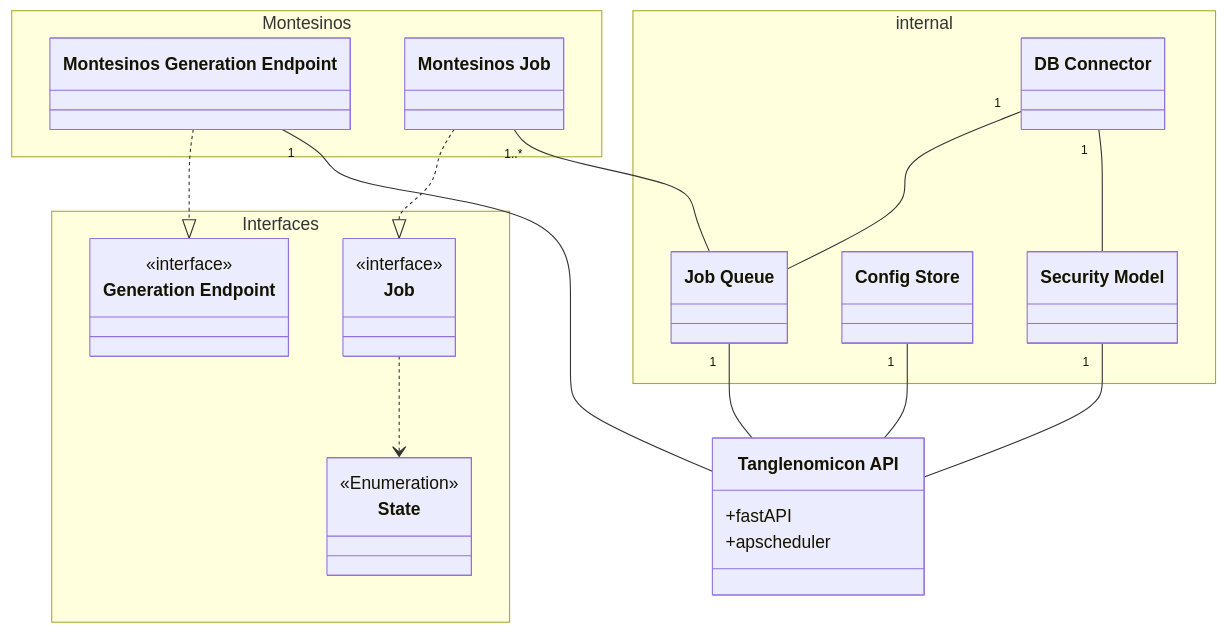
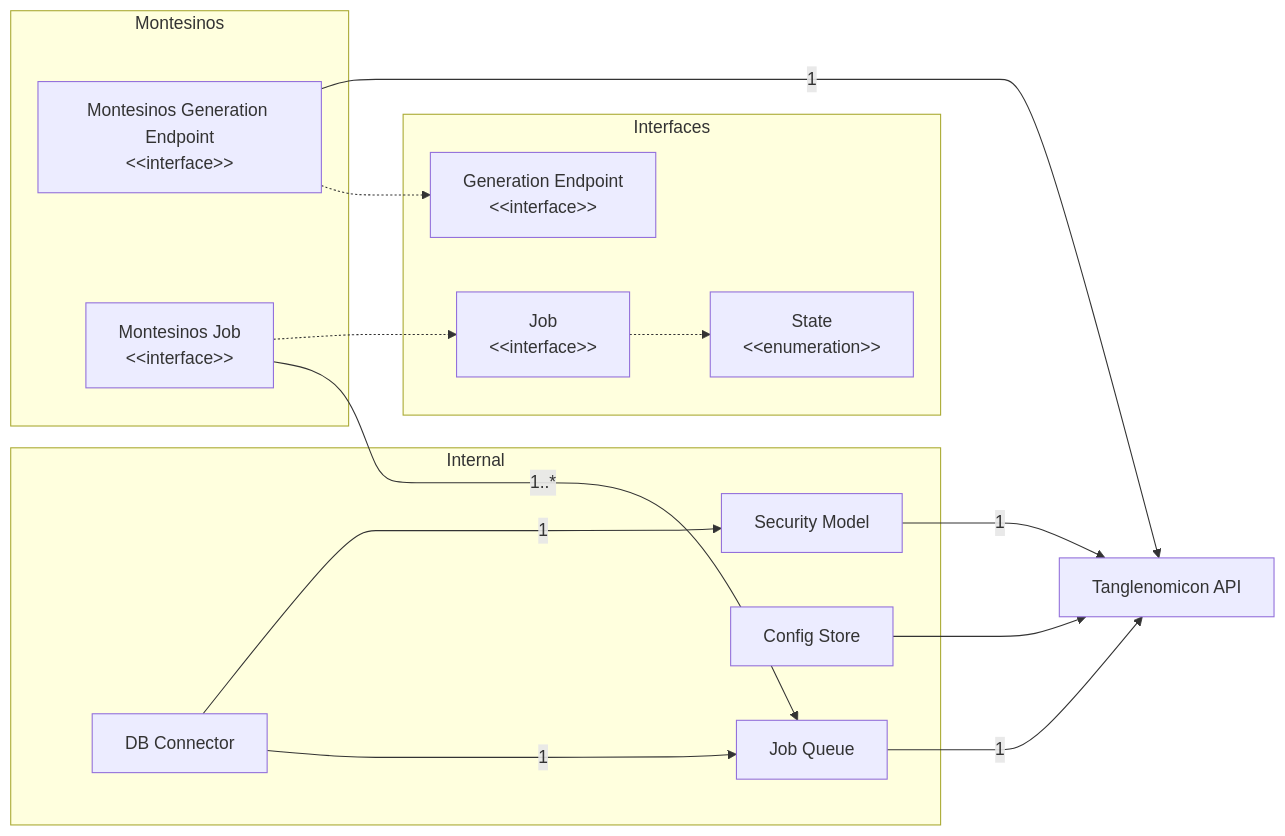
Before and after one commit to Uiowa-Applied-Topology/web_API: the second of 2 diagrams in README.md, drawn with Mermaid. The commit also changed other lines of this file and 30 other files, not shown here.

````diff
--- a/README.md
+++ b/README.md
@@ -147,67 +147,39 @@
 ```mermaid
 
-classDiagram
+flowchart LR
+    tanglenomicon_data_api["Tanglenomicon API"]
+    subgraph  Interfaces
+        age["Generation Endpoint\n&lt;&lt;interface&gt;&gt;"]
 
-class tanglenomicon_data_api["Tanglenomicon API"]{
-    +fastAPI
-    +apscheduler
-}
-namespace Interfaces {
-    class age["Generation Endpoint"]{
-        <<interface>>
-    }
-
-    class aj["Job"]{
-        <<interface>>
-    }
-
-    class es["State"]{
-        <<Enumeration>>
-    }
-}
+        aj["Job\n&lt;&lt;interface&gt;&gt;"]
+        es["State\n&lt;&lt;enumeration&gt;&gt;"]
+    end
 
 
-namespace internal {
-
-    class dc["DB Connector"]{
-    }
+    subgraph Internal
+        dc["DB Connector"]
+        jq["Job Queue"]
+        cs["Config Store"]
+        sm["Security Model"]
+    end
+    subgraph Montesinos
+        mge["Montesinos Generation Endpoint\n&lt;&lt;interface&gt;&gt;"]
 
 
-    class jq["Job Queue"]{
+        mj["Montesinos Job\n&lt;&lt;interface&gt;&gt;"]
 
-    }
+    end
 
-    class cs["Config Store"]{
-
-    }
-    class sm["Security Model"]{
-
-    }
-}
-namespace Montesinos {
-    class mge["Montesinos Generation Endpoint"]{
-
-    }
-
-
-    class mj["Montesinos Job"]{
-    }
-
-}
-
-
-
-mge ..|> age
-mj ..|> aj
-aj ..> es
-cs "1"-- tanglenomicon_data_api
-
-jq "1" --  tanglenomicon_data_api
-mj "1..*" --  jq
-mge "1" --  tanglenomicon_data_api
-sm "1" --  tanglenomicon_data_api
-dc "1" --  jq
-dc "1" --  sm
+    mj  ---> |1..*|jq
+    mge -.-> age
+    mj -.-> aj
+    aj -.-> es
+    cs  ---> tanglenomicon_data_api
+    jq  ---> |1| tanglenomicon_data_api
+    mge ---> |1| tanglenomicon_data_api
+    sm  ---> |1| tanglenomicon_data_api
+    dc  ---> |1| jq
+    dc  ---> |1| sm
 
 
 ```
````
